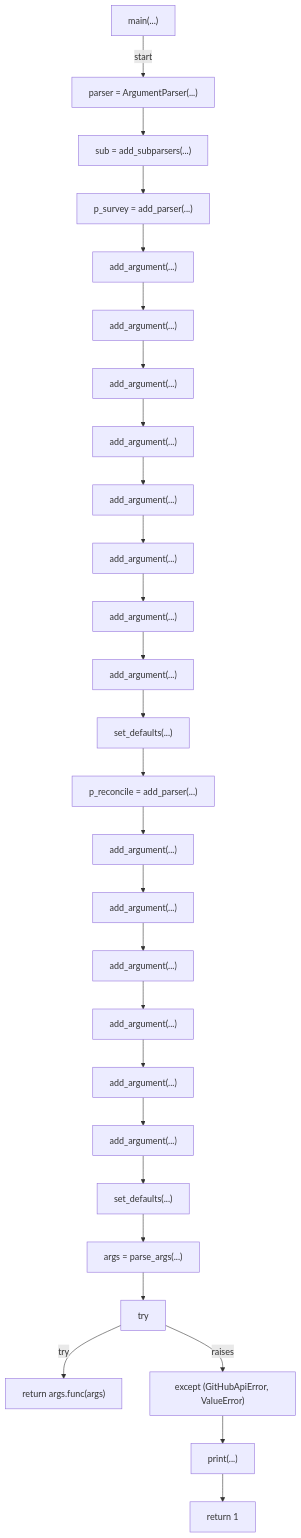
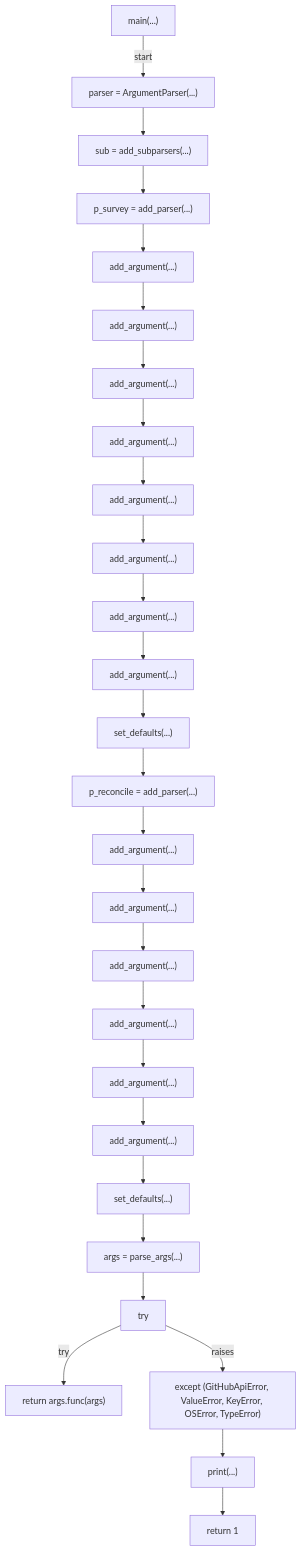
One commit to tvna/claude-md changed diagram 25 of 25 in docs/generated/scripts/ast/branch_cleanup.md. Above: the diagram before and after it, drawn with Mermaid. The commit also changed other lines of this file and 4 other files, not shown here.

First line of the commit message:
docs(generated): regenerate decision tree and workflow diagrams

````diff
--- a/docs/generated/scripts/ast/branch_cleanup.md
+++ b/docs/generated/scripts/ast/branch_cleanup.md
@@ -443,56 +445,56 @@
 ```mermaid
 flowchart TD
     N001["main(...)"]
     N002["parser = ArgumentParser(...)"]
     N003["sub = add_subparsers(...)"]
     N004["p_survey = add_parser(...)"]
     N005["add_argument(...)"]
     N006["add_argument(...)"]
     N007["add_argument(...)"]
     N008["add_argument(...)"]
     N009["add_argument(...)"]
     N010["add_argument(...)"]
     N011["add_argument(...)"]
     N012["add_argument(...)"]
     N013["set_defaults(...)"]
     N014["p_reconcile = add_parser(...)"]
     N015["add_argument(...)"]
     N016["add_argument(...)"]
     N017["add_argument(...)"]
     N018["add_argument(...)"]
     N019["add_argument(...)"]
     N020["add_argument(...)"]
     N021["set_defaults(...)"]
     N022["args = parse_args(...)"]
     N023["try"]
     N024["return args.func(args)"]
-    N025["except (GitHubApiError, ValueError)"]
+    N025["except (GitHubApiError, ValueError, KeyError, OSError, TypeError)"]
     N026["print(...)"]
     N027["return 1"]
     N001 -->|"start"| N002
     N002 --> N003
     N003 --> N004
     N004 --> N005
     N005 --> N006
     N006 --> N007
     N007 --> N008
     N008 --> N009
     N009 --> N010
     N010 --> N011
     N011 --> N012
     N012 --> N013
     N013 --> N014
     N014 --> N015
     N015 --> N016
     N016 --> N017
     N017 --> N018
     N018 --> N019
     N019 --> N020
     N020 --> N021
     N021 --> N022
     N022 --> N023
     N023 -->|"try"| N024
     N023 -->|"raises"| N025
     N025 --> N026
     N026 --> N027
 ```
````
